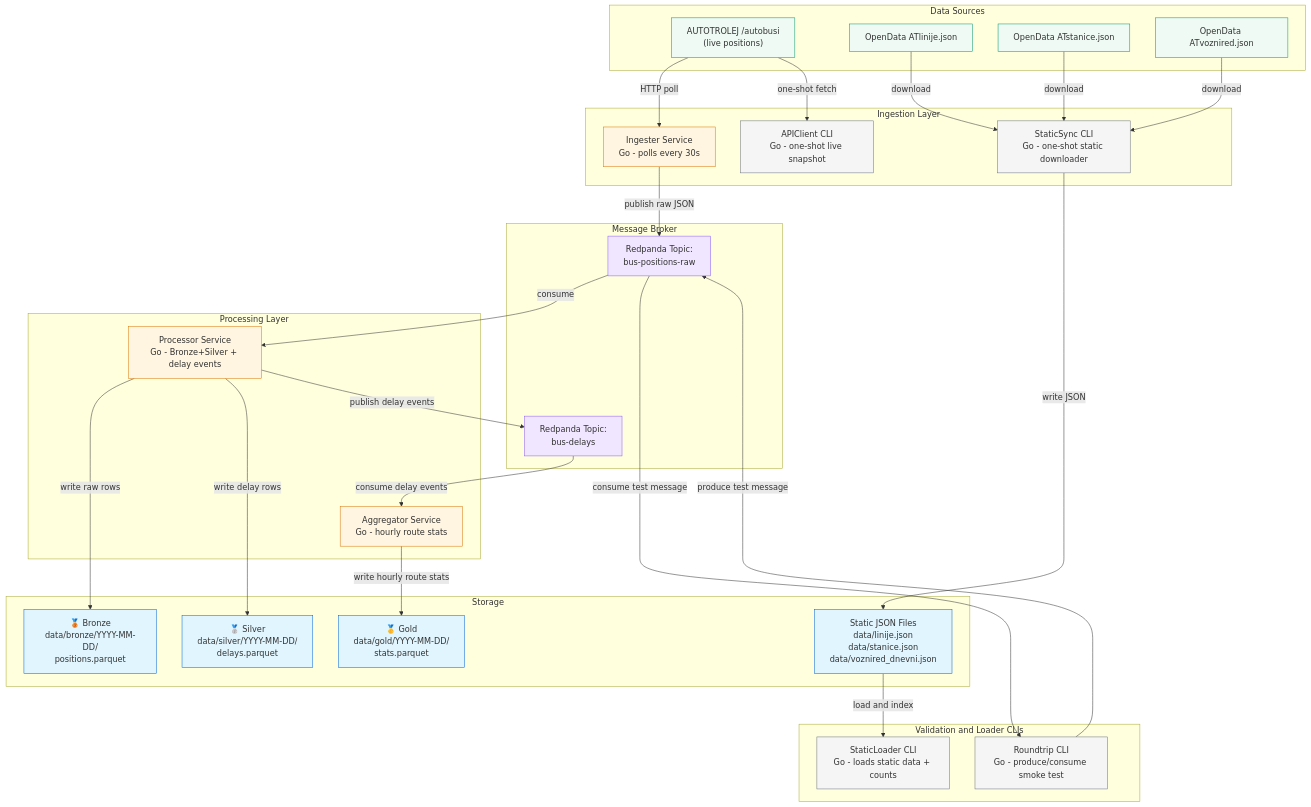
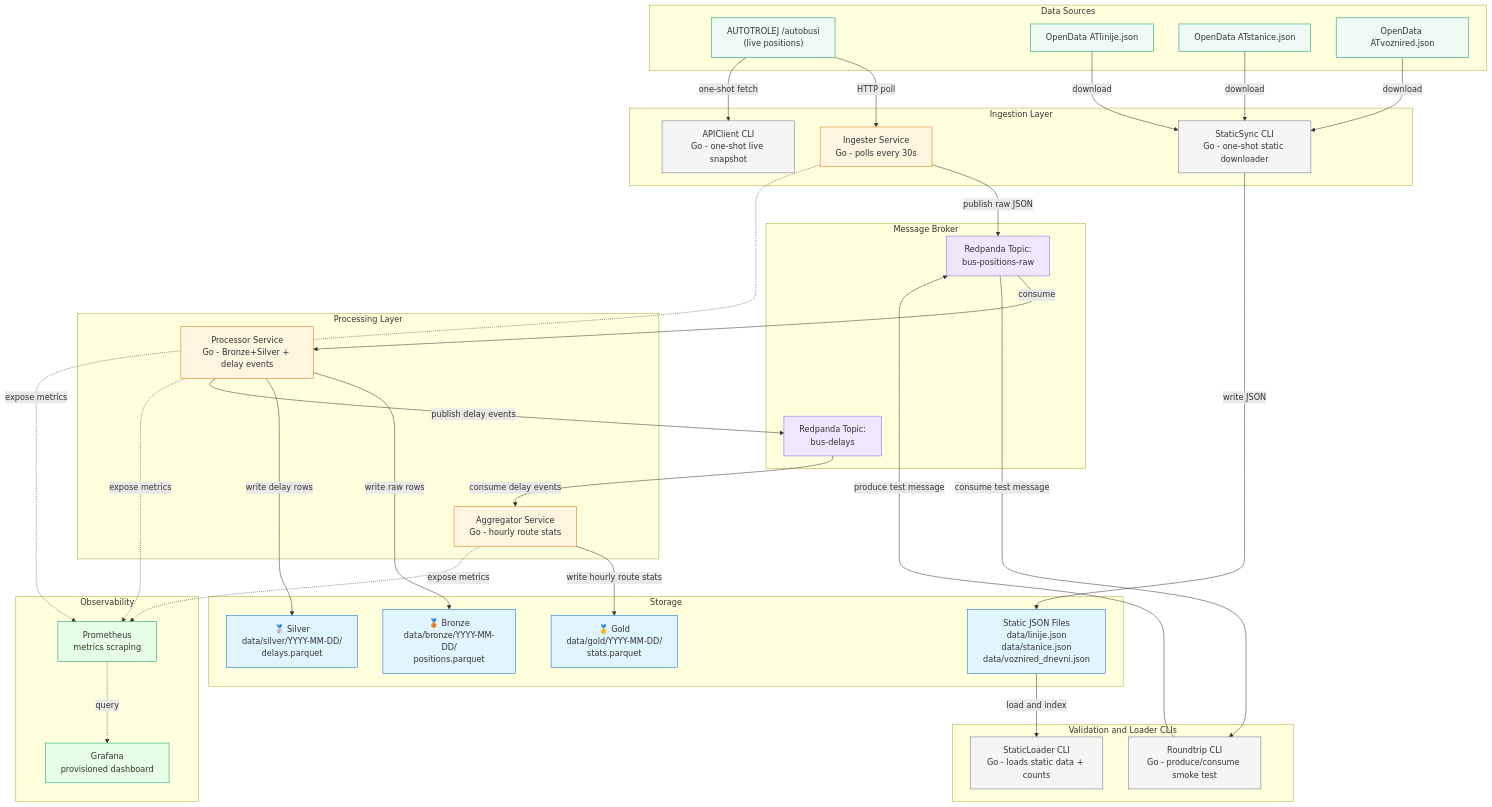
Before and after one commit to EdiProdan/arRIval: the diagram in docs/current_architecture_diagram.mmd, drawn with Mermaid. The commit also changed 10 other files, not shown here.

```diff
--- a/docs/current_architecture_diagram.mmd
+++ b/docs/current_architecture_diagram.mmd
@@ -1,70 +1,82 @@
 graph TB
     subgraph "Data Sources"
         API1["AUTOTROLEJ /autobusi<br/>(live positions)"]
         ODS1["OpenData ATlinije.json"]
         ODS2["OpenData ATstanice.json"]
         ODS3["OpenData ATvoznired.json"]
     end
 
     subgraph "Ingestion Layer"
         Ingester[Ingester Service<br/>Go - polls every 30s]
         StaticSync[StaticSync CLI<br/>Go - one-shot static downloader]
         APIClient[APIClient CLI<br/>Go - one-shot live snapshot]
     end
 
     subgraph "Message Broker"
         T1["Redpanda Topic:<br/>bus-positions-raw"]
         T2["Redpanda Topic:<br/>bus-delays"]
     end
 
     subgraph "Processing Layer"
         Processor[Processor Service<br/>Go - Bronze+Silver + delay events]
         Aggregator[Aggregator Service<br/>Go - hourly route stats]
     end
 
     subgraph "Storage"
         Bronze["🥉 Bronze<br/>data/bronze/YYYY-MM-DD/<br/>positions.parquet"]
         Silver["🥈 Silver<br/>data/silver/YYYY-MM-DD/<br/>delays.parquet"]
         Gold["🥇 Gold<br/>data/gold/YYYY-MM-DD/<br/>stats.parquet"]
         StaticFiles["Static JSON Files<br/>data/linije.json<br/>data/stanice.json<br/>data/voznired_dnevni.json"]
     end
 
     subgraph "Validation and Loader CLIs"
         Roundtrip[Roundtrip CLI<br/>Go - produce/consume smoke test]
         StaticLoader[StaticLoader CLI<br/>Go - loads static data + counts]
     end
 
+    subgraph "Observability"
+        Prom[Prometheus<br/>metrics scraping]
+        Graf[Grafana<br/>provisioned dashboard]
+    end
+
     %% Data flow
     API1 -->|HTTP poll| Ingester
     API1 -->|one-shot fetch| APIClient
 
     ODS1 -->|download| StaticSync
     ODS2 -->|download| StaticSync
     ODS3 -->|download| StaticSync
 
     StaticSync -->|write JSON| StaticFiles
     StaticFiles -->|load and index| StaticLoader
 
     Ingester -->|publish raw JSON| T1
     T1 -->|consume| Processor
     Processor -->|write raw rows| Bronze
     Processor -->|write delay rows| Silver
     Processor -->|publish delay events| T2
     T2 -->|consume delay events| Aggregator
     Aggregator -->|write hourly route stats| Gold
 
+    Ingester -.->|expose metrics| Prom
+    Processor -.->|expose metrics| Prom
+    Aggregator -.->|expose metrics| Prom
+    Prom -.->|query| Graf
+
     Roundtrip -->|produce test message| T1
     T1 -->|consume test message| Roundtrip
 
     %% Styling
     classDef storage fill:#e1f5ff,stroke:#0366d6
     classDef service fill:#fff5e1,stroke:#d97706
     classDef broker fill:#f0e6ff,stroke:#8b5cf6
     classDef utility fill:#f5f5f5,stroke:#6b7280
     classDef source fill:#eefaf3,stroke:#059669
+    classDef observability fill:#e6ffe6,stroke:#059669
 
     class Bronze,Silver,Gold,StaticFiles storage
     class Ingester,Processor,Aggregator service
     class T1,T2 broker
     class StaticSync,APIClient,Roundtrip,StaticLoader utility
     class API1,ODS1,ODS2,ODS3 source
+    class Prom,Graf observability
```
